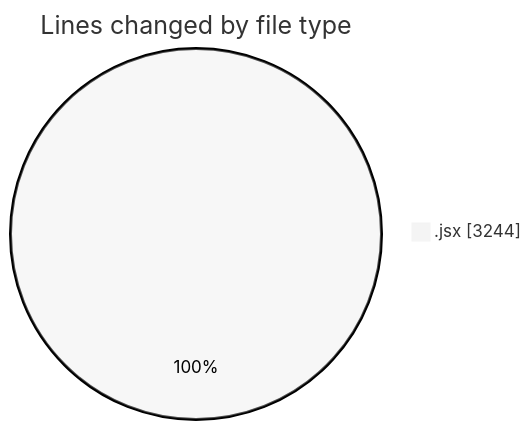
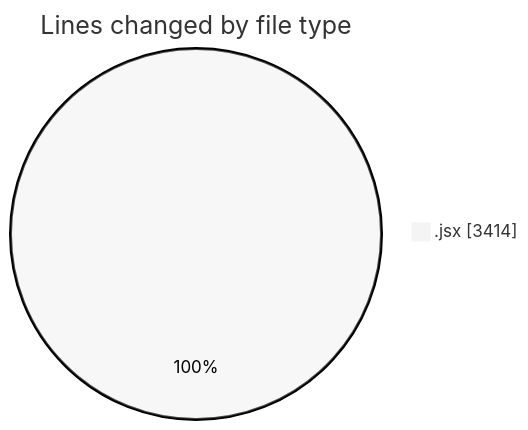
The first of 2 diagrams in 2025-05-12/argos-dev/README.md (nxtqubesakshisongat/code-tracking), drawn with Mermaid (neutral theme) before and after one commit. The commit also changed other lines of this file and 1 other file, not shown here.

````diff
--- a/2025-05-12/argos-dev/README.md
+++ b/2025-05-12/argos-dev/README.md
@@ -26,5 +26,5 @@
 ```mermaid
 pie showData
 title Lines changed by file type
-".jsx" : 3244
+".jsx" : 3414
 ```
````
